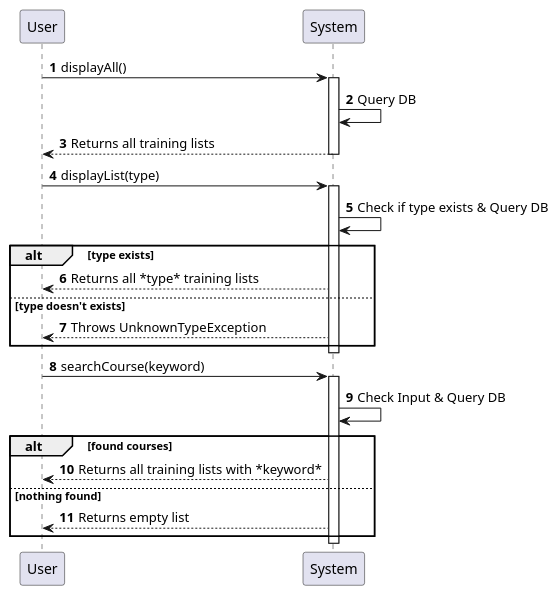
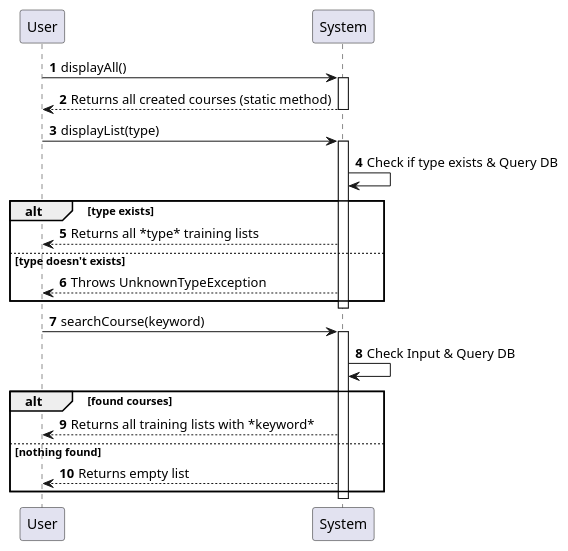
The diagram in uml_db/SequenceDiagram.puml (matthieu-27/eval_java_formations), drawn with PlantUML before and after one commit. The commit also changed 1 other file, not shown here.

Commit message:
feat: ajout du diagramme de classe (1st part)

```diff
--- a/uml_db/SequenceDiagram.puml
+++ b/uml_db/SequenceDiagram.puml
@@ -1,32 +1,31 @@
 @startuml
 'https://plantuml.com/sequence-diagram
 
 autonumber
 
 User -> System: displayAll()
 activate System
-System -> System: Query DB
-System --> User: Returns all training lists
+System --> User: Returns all created courses (static method)
 deactivate System
 
 User -> System: displayList(type)
 activate System
 System -> System: Check if type exists & Query DB
 alt type exists
     User <-- System: Returns all *type* training lists
 else type doesn't exists
     User <-- System: Throws UnknownTypeException
 end
 deactivate System
 
 User -> System: searchCourse(keyword)
 activate System
 System -> System: Check Input & Query DB
 alt found courses
     User <-- System: Returns all training lists with *keyword*
 else nothing found
     User <-- System: Returns empty list
 end
 deactivate System
 
 @enduml
```
